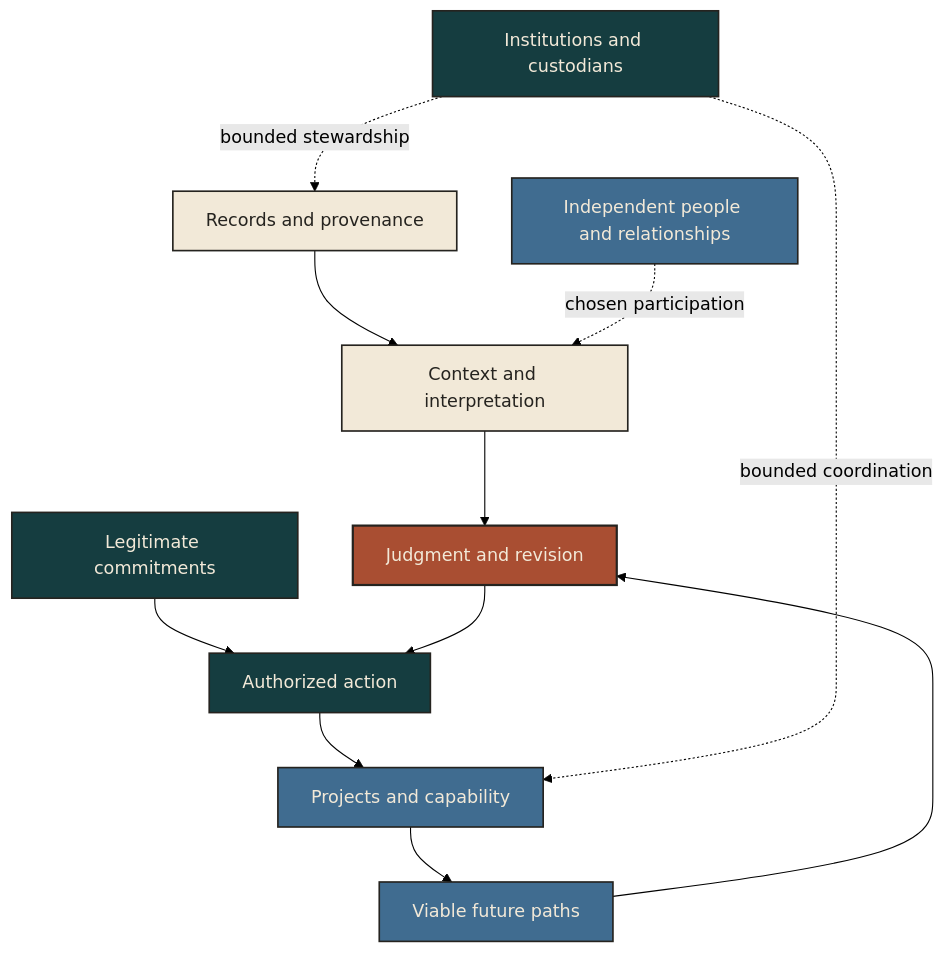
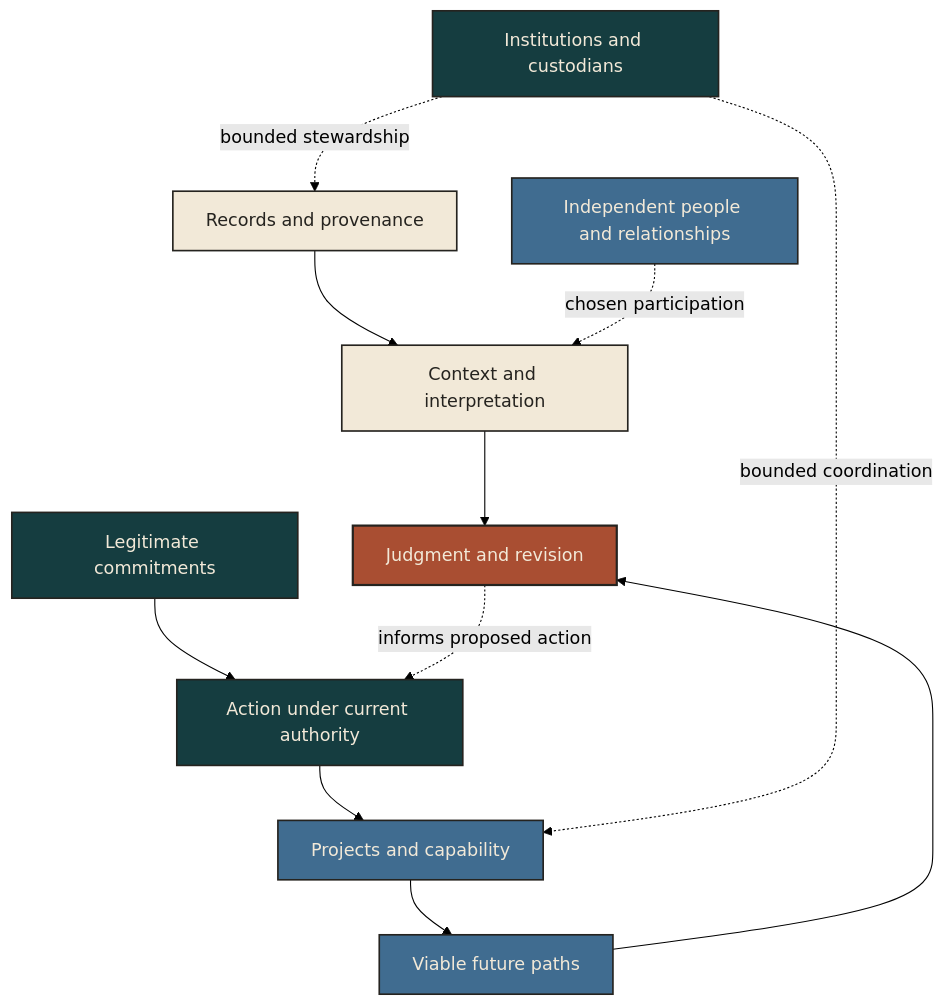
One commit to andydrewie/make-death-an-option changed the third of 4 diagrams in ATLAS.md. Above: the diagram before and after it, drawn with Mermaid (forest theme). The commit also changed other lines of this file and 16 other files, not shown here.

````diff
--- a/ATLAS.md
+++ b/ATLAS.md
@@ -129,21 +129,21 @@
 ```mermaid
 flowchart TD
     R[Records and provenance] --> C[Context and interpretation]
     C --> J[Judgment and revision]
-    M[Legitimate commitments] --> A[Authorized action]
-    J --> A
+    M[Legitimate commitments] --> A[Action under current authority]
+    J -. informs proposed action .-> A
     A --> P[Projects and capability]
     P --> F[Viable future paths]
     H[Independent people and relationships] -. chosen participation .-> C
     I[Institutions and custodians] -. bounded stewardship .-> R
     I -. bounded coordination .-> P
     F --> J
     classDef record fill:#F2E9D8,stroke:#25231F,color:#25231F,stroke-width:1.5px;
     classDef judgment fill:#A94E32,stroke:#25231F,color:#F2E9D8,stroke-width:2px;
     classDef authority fill:#153D40,stroke:#25231F,color:#F2E9D8,stroke-width:1.5px;
     classDef future fill:#406C90,stroke:#25231F,color:#F2E9D8,stroke-width:1.5px;
     class R,C record;
     class J judgment;
     class M,A,I authority;
     class P,F,H future;
 ```
````
